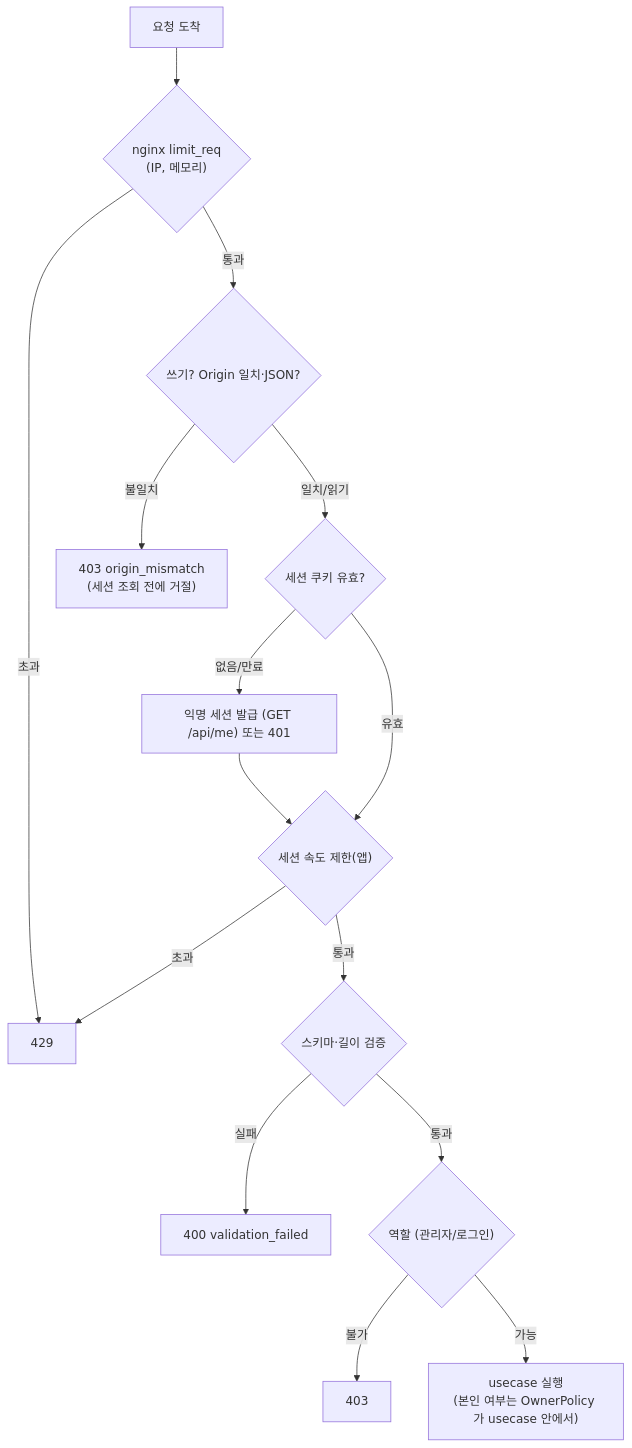
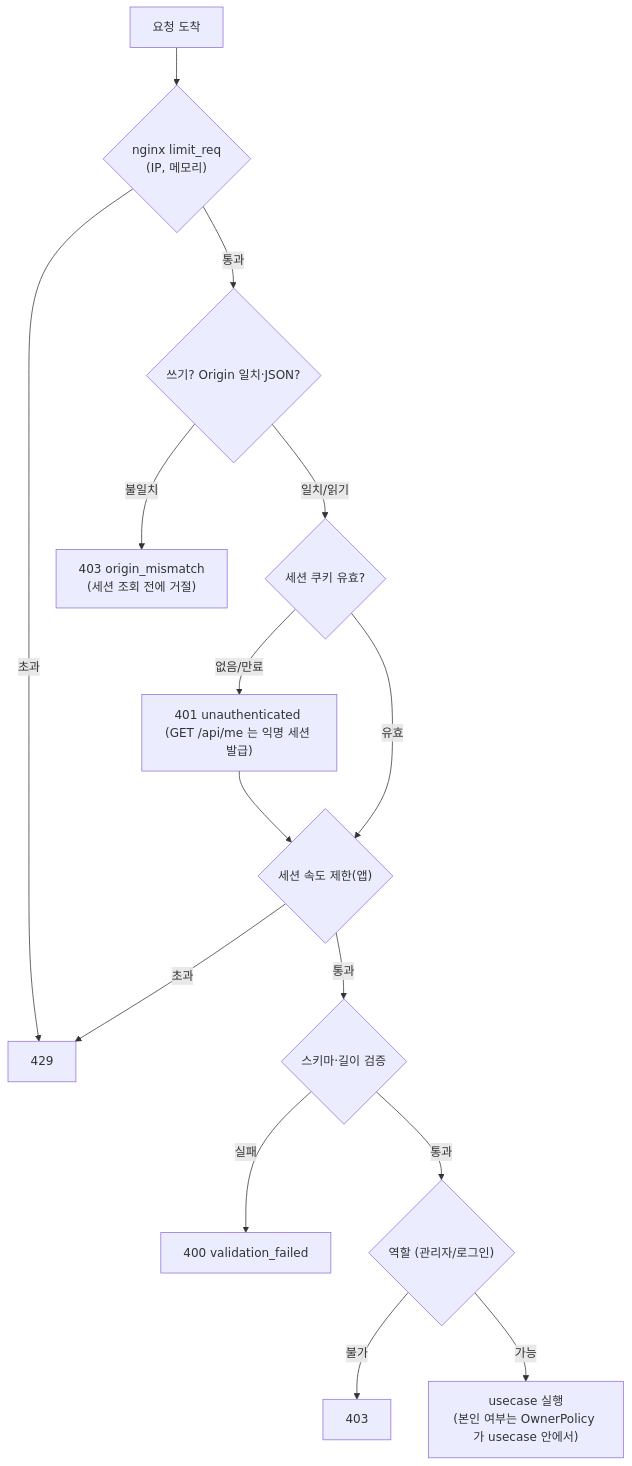
Before and after one commit to 1985jwlee/portpolio_backend: the third of 6 diagrams in docs/design/03-api-contract.md, drawn with Mermaid. The commit also changed other lines of this file and 33 other files, not shown here.

````diff
--- a/docs/design/03-api-contract.md
+++ b/docs/design/03-api-contract.md
@@ -199,17 +209,17 @@
 ```mermaid
 flowchart TD
     A["요청 도착"] --> N{"nginx limit_req<br/>(IP, 메모리)"}
     N -- "초과" --> R1["429"]
     N -- "통과" --> C{"쓰기? Origin 일치·JSON?"}
     C -- "불일치" --> R2["403 origin_mismatch<br/>(세션 조회 전에 거절)"]
     C -- "일치/읽기" --> S{"세션 쿠키 유효?"}
-    S -- "없음/만료" --> S2["익명 세션 발급 (GET /api/me) 또는 401"]
+    S -- "없음/만료" --> S2["401 unauthenticated (GET /api/me 는 익명 세션 발급)"]
     S -- "유효" --> L{"세션 속도 제한(앱)"}
     S2 --> L
     L -- "초과" --> R1
     L -- "통과" --> V{"스키마·길이 검증"}
     V -- "실패" --> R3["400 validation_failed"]
     V -- "통과" --> P{"역할 (관리자/로그인)"}
     P -- "불가" --> R4["403"]
     P -- "가능" --> U["usecase 실행<br/>(본인 여부는 OwnerPolicy 가 usecase 안에서)"]
 ```
````
